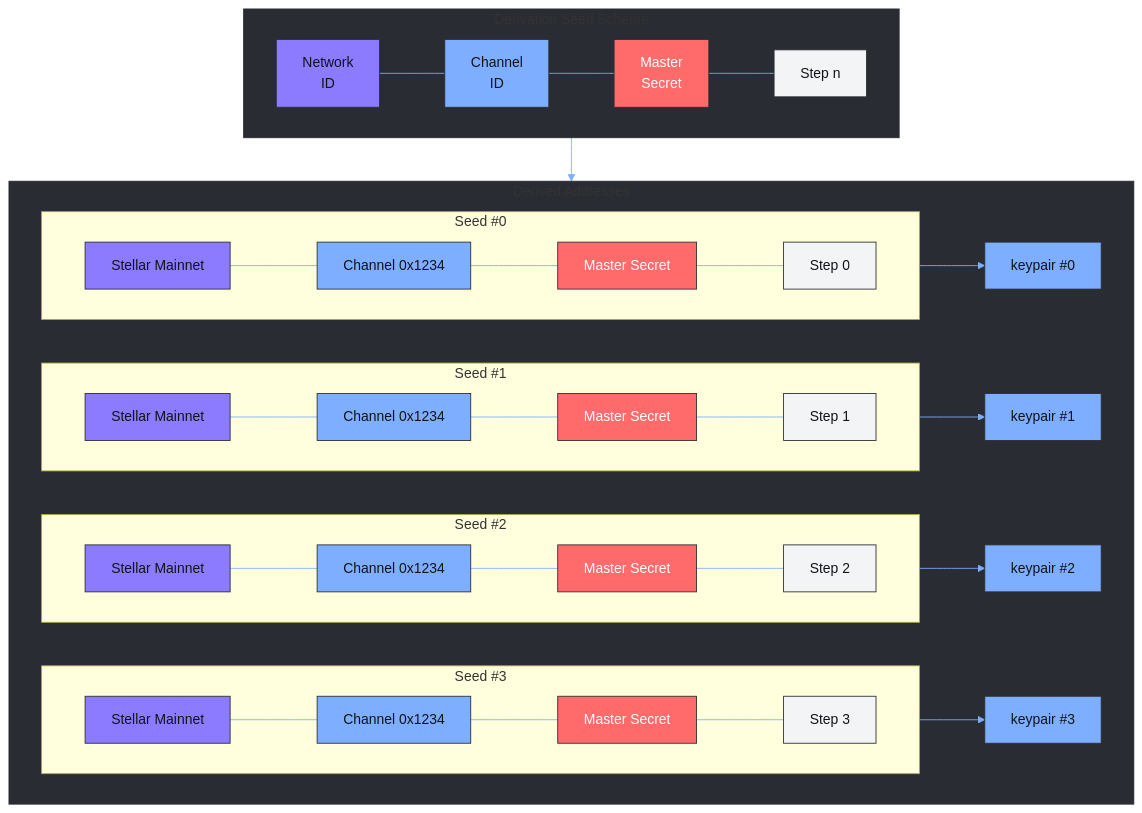
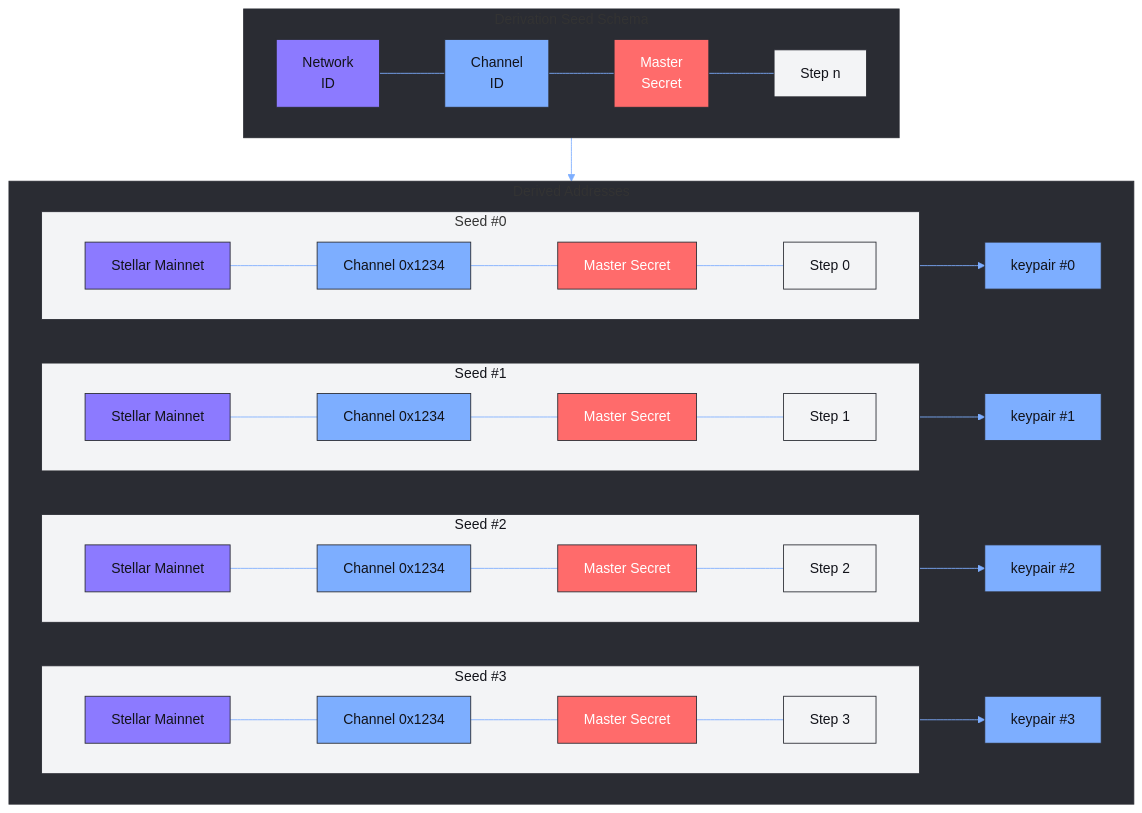
One commit to Moonlight-Protocol/docs changed the second of 2 diagrams in readme/whitepaper.md. Above: the diagram before and after it, drawn with Mermaid.

Commit message:
GITBOOK-9: No subject

````diff
--- a/readme/whitepaper.md
+++ b/readme/whitepaper.md
@@ -103,58 +103,57 @@
 ```mermaid
 flowchart TB
   classDef net  fill:#8C7AFF,stroke:#2A2C33,color:#12131A,stroke-width:1px
   classDef ch   fill:#7DAEFF,stroke:#2A2C33,color:#12131A,stroke-width:1px
   classDef sec  fill:#FF6B6B,stroke:#2A2C33,color:#FFFFFF,stroke-width:1px
   classDef step fill:#F3F4F6,stroke:#2A2C33,color:#12131A,stroke-width:1px
   classDef addr fill:#7DAEFF,stroke:#2A2C33,color:#12131A,stroke-width:1px
-  classDef box  fill:transparent,stroke:#2A2C33,color:#E8E9F0
+  classDef box  fill:#F3F4F6,stroke:#2A2C33,color:#E8E9F0
 
   subgraph TEMPLATE["Derivation Seed Schema"]
     direction LR
     NET["Network<br/>ID"]:::net --- CHA["Channel<br/>ID"]:::ch --- SEC["Master<br/>Secret"]:::sec --- IDX["Step n"]:::step
   end
-  style TEMPLATE fill:#2A2C33,stroke:#2A2C33,color:#E8E9F0  %% dark-grey frame
+  style TEMPLATE fill:#2A2C33,stroke:#2A2C33,color:#E8E9F0   %% dark-grey frame
 
   subgraph ALL["Derived Addresses"]
     direction LR
     class ALL box
 
     subgraph SEED0["Seed #0"]
       direction LR
       n0["Stellar Mainnet"]:::net --- c0["Channel 0x1234"]:::ch --- s0["Master Secret"]:::sec --- i0["Step 0"]:::step
     end
-    class SEED0 box
+    style SEED0 fill:#F3F4F6,stroke:#2A2C33,color:#12131A       %% light-grey seed box
     kp0["keypair #0"]:::addr
     SEED0 --> kp0
 
     subgraph SEED1["Seed #1"]
       direction LR
       n1["Stellar Mainnet"]:::net --- c1["Channel 0x1234"]:::ch --- s1["Master Secret"]:::sec --- i1["Step 1"]:::step
     end
-    class SEED1 box
+    style SEED1 fill:#F3F4F6,stroke:#2A2C33,color:#12131A
     kp1["keypair #1"]:::addr
     SEED1 --> kp1
 
     subgraph SEED2["Seed #2"]
       direction LR
       n2["Stellar Mainnet"]:::net --- c2["Channel 0x1234"]:::ch --- s2["Master Secret"]:::sec --- i2["Step 2"]:::step
     end
-    class SEED2 box
+    style SEED2 fill:#F3F4F6,stroke:#2A2C33,color:#12131A
     kp2["keypair #2"]:::addr
     SEED2 --> kp2
 
     subgraph SEED3["Seed #3"]
       direction LR
       n3["Stellar Mainnet"]:::net --- c3["Channel 0x1234"]:::ch --- s3["Master Secret"]:::sec --- i3["Step 3"]:::step
     end
-    class SEED3 box
+    style SEED3 fill:#F3F4F6,stroke:#2A2C33,color:#12131A
     kp3["keypair #3"]:::addr
     SEED3 --> kp3
   end
-  style ALL fill:#2A2C33,stroke:#2A2C33,color:#E8E9F0  %% dark-grey frame
+  style ALL fill:#2A2C33,stroke:#2A2C33,color:#E8E9F0          %% dark-grey frame
 
   TEMPLATE --> ALL
-
-  linkStyle default stroke:#7DAEFF,stroke-width:1.5px  %% Lunar-Ice arrows
+  linkStyle default stroke:#7DAEFF,stroke-width:1.5px           %% Lunar-Ice arrows
 
 ```
````
